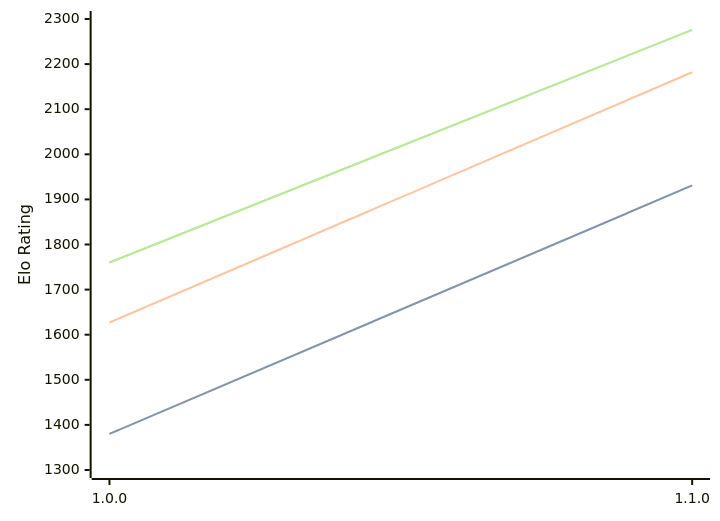
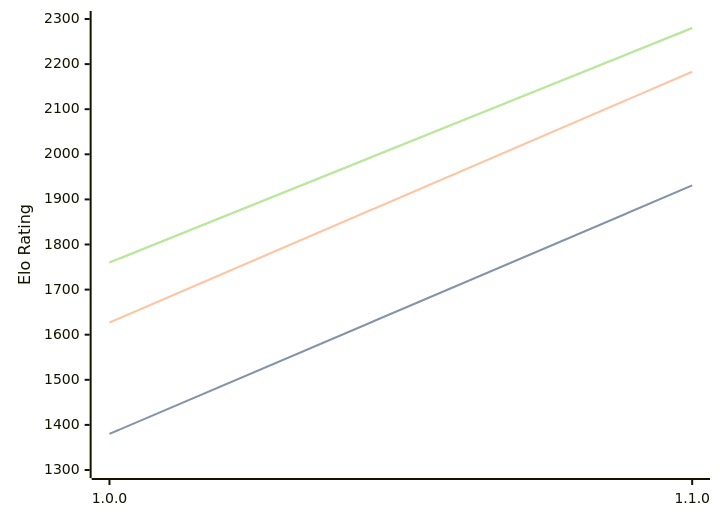
One commit to computer-chess-index/cci changed the third of 3 diagrams in engines/Akerbeltz.md. Above: the diagram before and after it, drawn with Mermaid. The commit also changed other lines of this file, not shown here.

Commit message:
Update CCI Ratings (ELO VLTC) - 2026-06-23

````diff
--- a/engines/Akerbeltz.md
+++ b/engines/Akerbeltz.md
@@ -65,11 +65,11 @@
 ```mermaid
 %%{init: {"theme":"base","themeVariables":{"seriesColors:['#a3a3a3','#222221','#faa371']}}}%%
 xychart-beta
   x-axis ["1.0.0", "1.1.0"]
   y-axis "Elo Rating" 1300 --> 2300
   line "STC (8.0+0.08s)" [1380, 1931]
   line "STC (8.0+0.08s)" [1380, 1931]
-  line "LTC (60.0+0.60s)" [1627, 2182]
-  line "VLTC (2m24s+1.12s)" [1760, 2276]
-  line "VLTC (2m24s+1.12s)" [1760, 2276]
+  line "LTC (60.0+0.60s)" [1627, 2183]
+  line "VLTC (2m24s+1.12s)" [1760, 2280]
+  line "VLTC (2m24s+1.12s)" [1760, 2280]
 ```
````
